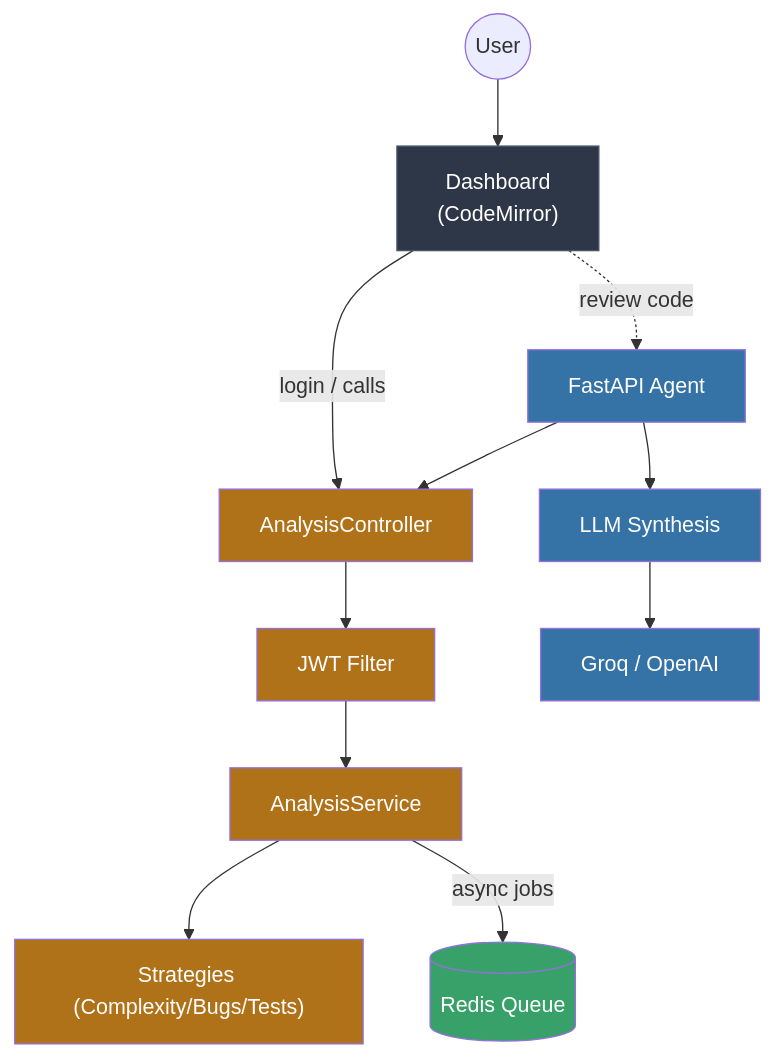
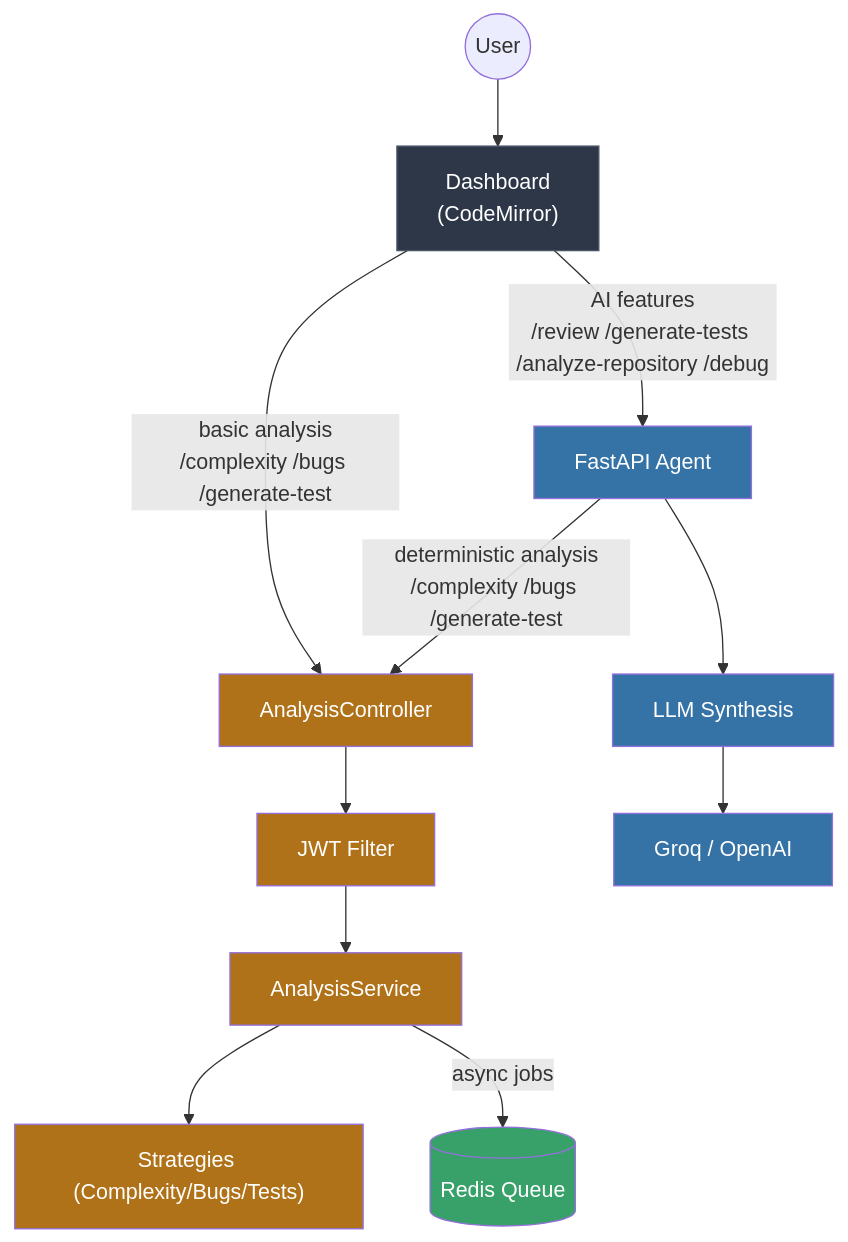
Before and after one commit to learnerview/CodeCritic: the diagram in docs/architecture.md, drawn with Mermaid. The commit also changed other lines of this file and 10 other files, not shown here.

Commit message:
fix: SpotBugs compilation error handling, JDK base image, local Mongo, default admin user, LLM fallback and single-call review

````diff
--- a/docs/architecture.md
+++ b/docs/architecture.md
@@ -14,26 +14,26 @@
 ```mermaid
 flowchart TB
     classDef client fill:#2d3748,stroke:#4a5568,color:#fff;
     classDef java fill:#b07219,color:#fff;
     classDef python fill:#3572A5,color:#fff;
     classDef infra fill:#38a169,color:#fff;
 
     User(("User"))
     UI["Dashboard\n(CodeMirror)"]:::client
     SEC["JWT Filter"]:::java
     API["AnalysisController"]:::java
     SVC["AnalysisService"]:::java
     STR["Strategies (Complexity/Bugs/Tests)"]:::java
     PY["FastAPI Agent"]:::python
     LLM["LLM Synthesis"]:::python
     GROQ["Groq / OpenAI"]:::python
     REDIS[("Redis Queue")]:::infra
 
     User --> UI
-    UI -->|login / calls| API
-    UI -.->|review code| PY
-    PY --> API
+    UI -->|basic analysis\n/complexity /bugs /generate-test| API
+    UI -->|AI features\n/review /generate-tests /analyze-repository /debug| PY
+    PY -->|deterministic analysis\n/complexity /bugs /generate-test| API
     API --> SEC --> SVC --> STR
     SVC -->|async jobs| REDIS
     PY --> LLM --> GROQ
 ```
````
